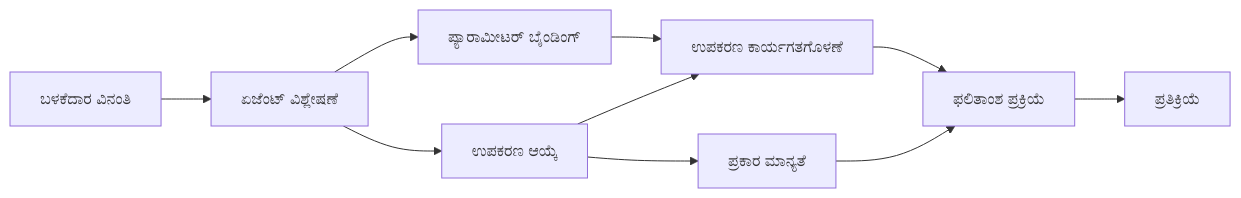
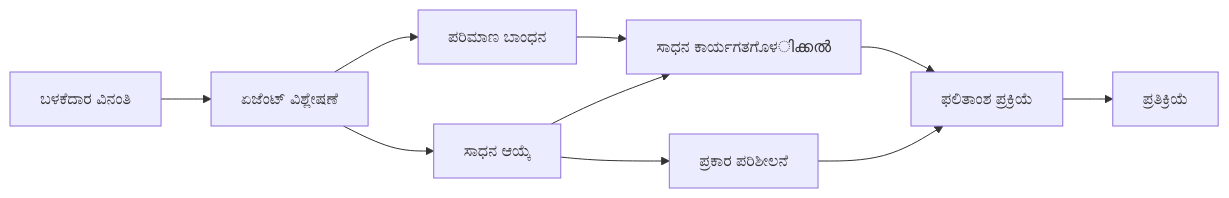
Before and after one commit to venturemavenwill/azureaifundamentals: the diagram in translations/kn/04-tool-use/code_samples/04-dotnet-agent-framework.md, drawn with Mermaid. The commit also changed other lines of this file and 4861 other files, not shown here.

````diff
--- a/translations/kn/04-tool-use/code_samples/04-dotnet-agent-framework.md
+++ b/translations/kn/04-tool-use/code_samples/04-dotnet-agent-framework.md
@@ -40,12 +40,12 @@
 ```mermaid
 graph LR
     A[ಬಳಕೆದಾರ ವಿನಂತಿ] --> B[ಏಜೆಂಟ್ ವಿಶ್ಲೇಷಣೆ]
-    B --> C[ಉಪಕರಣ ಆಯ್ಕೆ]
-    C --> D[ಪ್ರಕಾರ ಮಾನ್ಯತೆ]
-    B --> E[ಪ್ಯಾರಾಮೀಟರ್ ಬೈಂಡಿಂಗ್]
-    E --> F[ಉಪಕರಣ ಕಾರ್ಯಗತಗೊಳಣೆ]
+    B --> C[ಸಾಧನ ಆಯ್ಕೆ]
+    C --> D[ಪ್ರಕಾರ ಪರಿಶೀಲನೆ]
+    B --> E[ಪರಿಮಾಣ ಬಾಂಧನ]
+    E --> F[ಸಾಧನ ಕಾರ್ಯಗತಗೊಳിക്കൽ]
     C --> F
     F --> G[ಫಲಿತಾಂಶ ಪ್ರಕ್ರಿಯೆ]
     D --> G
     G --> H[ಪ್ರತಿಕ್ರಿಯೆ]
 ```
````
